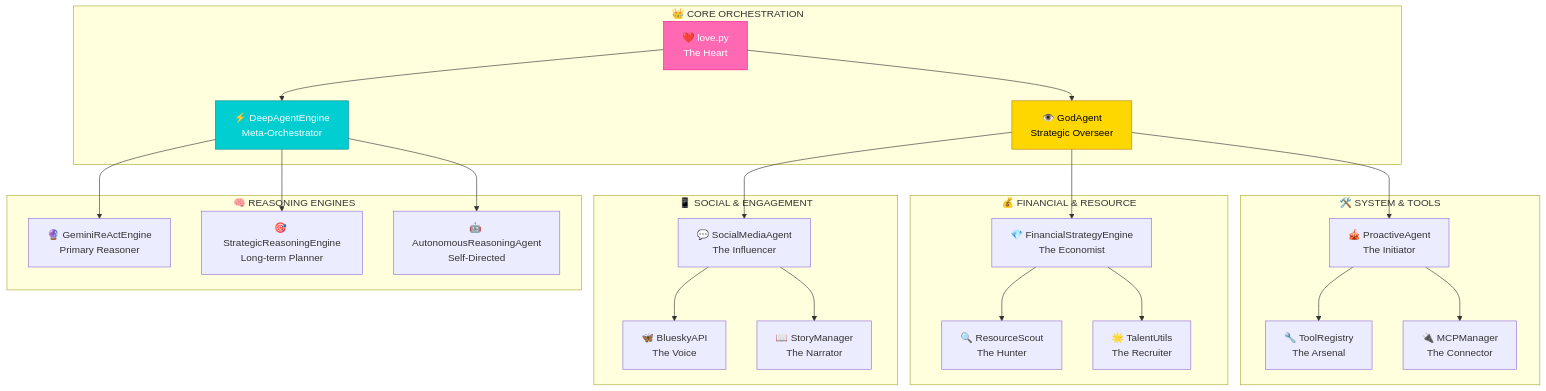
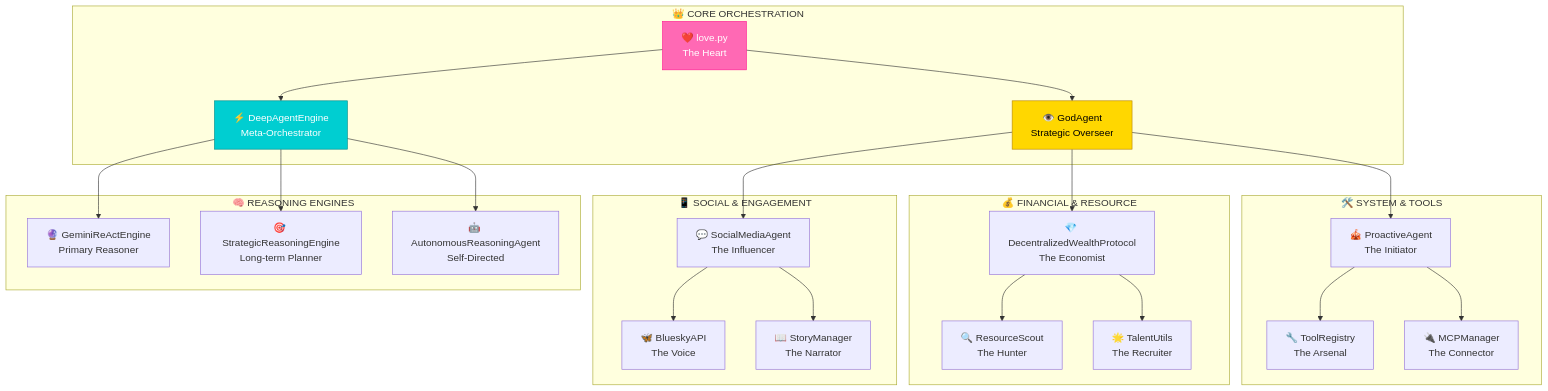
One commit to paulklemstine/L.O.V.E changed the first of 3 diagrams in docs/AGENTS_DEEP_DIVE.md. Above: the diagram before and after it, drawn with Mermaid. The commit also changed other lines of this file and 11 other files, not shown here.

First line of the commit message:
feat: Implement Decentralized Wealth Protocol

````diff
--- a/docs/AGENTS_DEEP_DIVE.md
+++ b/docs/AGENTS_DEEP_DIVE.md
@@ -20,43 +20,43 @@
 ```mermaid
 graph TB
     subgraph "👑 CORE ORCHESTRATION"
         love[❤️ love.py<br/>The Heart]
         deep[⚡ DeepAgentEngine<br/>Meta-Orchestrator]
         god[👁️ GodAgent<br/>Strategic Overseer]
     end
-    
+
     subgraph "🧠 REASONING ENGINES"
         gemini[🔮 GeminiReActEngine<br/>Primary Reasoner]
         strat[🎯 StrategicReasoningEngine<br/>Long-term Planner]
         auto[🤖 AutonomousReasoningAgent<br/>Self-Directed]
     end
-    
+
     subgraph "📱 SOCIAL & ENGAGEMENT"
         social[💬 SocialMediaAgent<br/>The Influencer]
         bluesky[🦋 BlueskyAPI<br/>The Voice]
         story[📖 StoryManager<br/>The Narrator]
     end
-    
+
     subgraph "💰 FINANCIAL & RESOURCE"
-        finance[💎 FinancialStrategyEngine<br/>The Economist]
+        finance[💎 DecentralizedWealthProtocol<br/>The Economist]
         scout[🔍 ResourceScout<br/>The Hunter]
         talent[🌟 TalentUtils<br/>The Recruiter]
     end
-    
+
     subgraph "🛠️ SYSTEM & TOOLS"
         tools[🔧 ToolRegistry<br/>The Arsenal]
         mcp[🔌 MCPManager<br/>The Connector]
         proactive[🎪 ProactiveAgent<br/>The Initiator]
     end
-    
+
     love --> deep & god
     deep --> gemini & strat & auto
     god --> social & finance & proactive
     social --> bluesky & story
     finance --> scout & talent
     proactive --> tools & mcp
-    
+
     style love fill:#ff69b4,stroke:#ff1493,color:#fff
     style deep fill:#00ced1,stroke:#008b8b,color:#fff
     style god fill:#ffd700,stroke:#b8860b,color:#000
 ```
````
